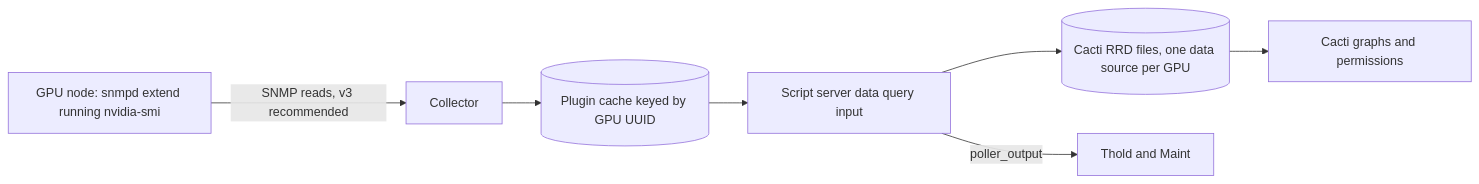
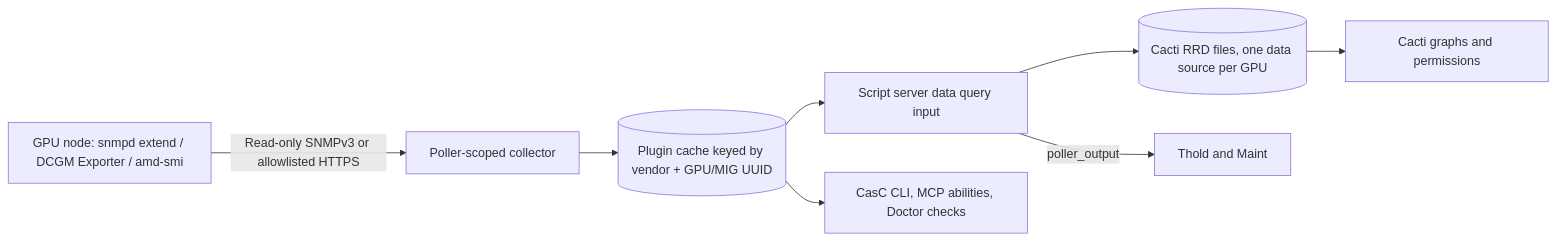
The diagram in README.md (somethingwithproof/plugin_gpu), drawn with Mermaid before and after one commit. The commit also changed other lines of this file and 48 other files, not shown here.

Commit message:
docs: update README for DCGM, amd-smi, MIG, remote, CasC CLI, and ecosystem hooks

````diff
--- a/README.md
+++ b/README.md
@@ -112,9 +112,10 @@
 ```mermaid
 flowchart LR
-    NODE[GPU node: snmpd extend running nvidia-smi] -->|SNMP reads, v3 recommended| C[Collector]
-    C --> CACHE[(Plugin cache keyed by GPU UUID)]
+    NODE[GPU node: snmpd extend / DCGM Exporter / amd-smi] -->|Read-only SNMPv3 or allowlisted HTTPS| C[Poller-scoped collector]
+    C --> CACHE[(Plugin cache keyed by vendor + GPU/MIG UUID)]
     CACHE --> SS[Script server data query input]
+    CACHE --> ECO[CasC CLI, MCP abilities, Doctor checks]
     SS --> RRD[(Cacti RRD files, one data source per GPU)]
     SS -->|poller_output| T[Thold and Maint]
     RRD --> G[Cacti graphs and permissions]
 ```
````
